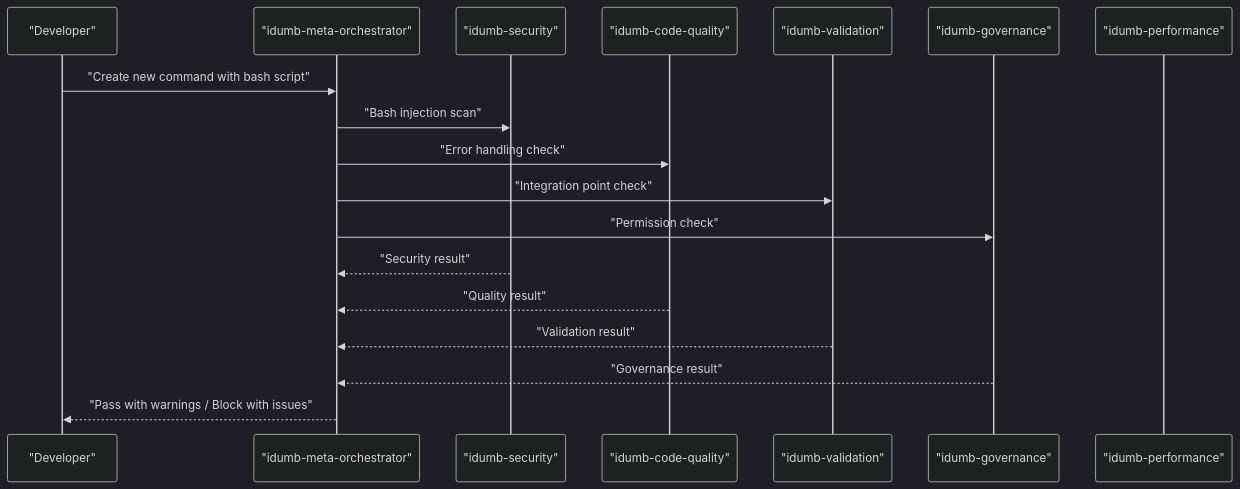
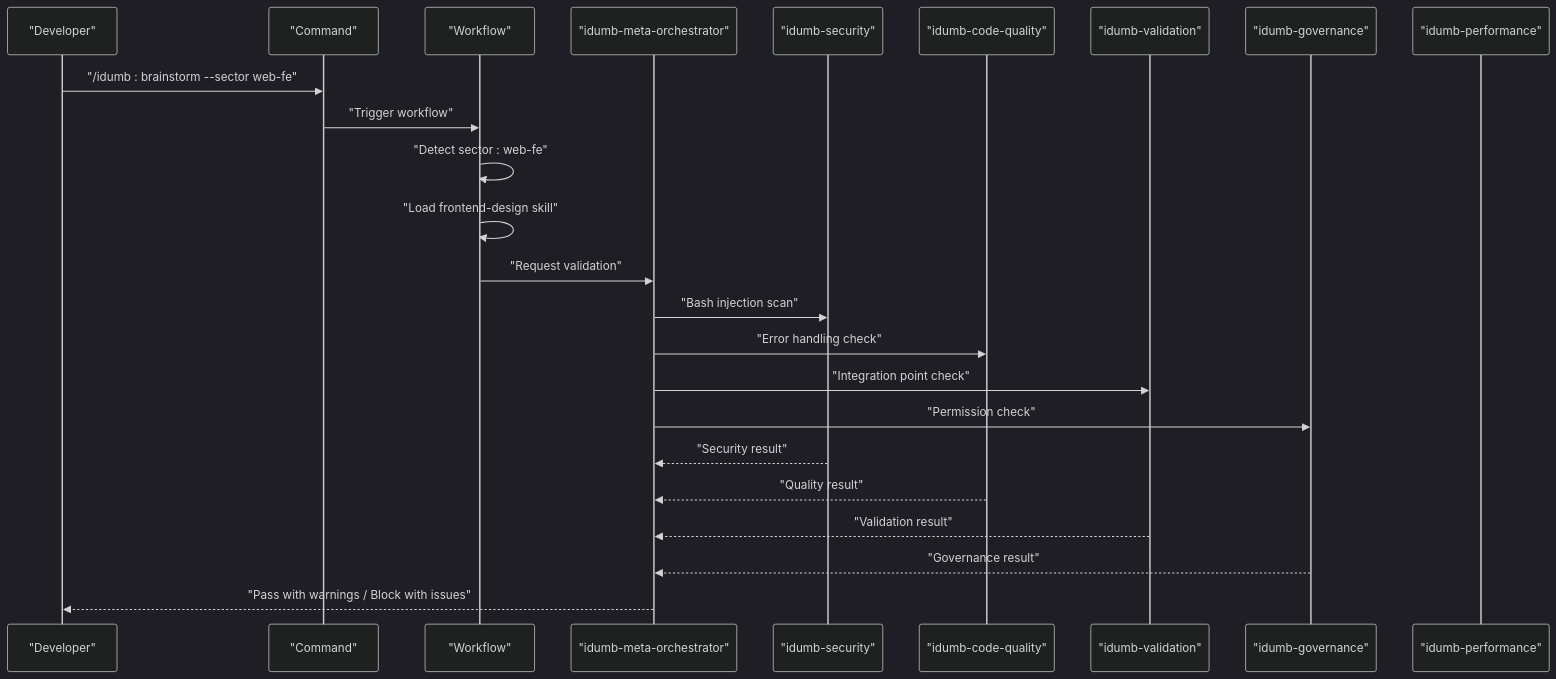
Before and after one commit to shynlee04/idumb-plugin: the ninth of 12 diagrams in .qoder/repowiki/en/content/Skill System/Skill Architecture Overview.md, drawn with Mermaid (dark theme). The commit also changed other lines of this file and 19 other files, not shown here.

````diff
--- a/.qoder/repowiki/en/content/Skill System/Skill Architecture Overview.md
+++ b/.qoder/repowiki/en/content/Skill System/Skill Architecture Overview.md
@@ -274,20 +399,26 @@
 ```mermaid
 sequenceDiagram
 participant Dev as "Developer"
+participant Cmd as "Command"
+participant Wf as "Workflow"
 participant Orchestrator as "idumb-meta-orchestrator"
 participant Sec as "idumb-security"
 participant QC as "idumb-code-quality"
 participant Val as "idumb-validation"
 participant Gov as "idumb-governance"
 participant Perf as "idumb-performance"
-Dev->>Orchestrator : "Create new command with bash script"
+Dev->>Cmd : "/idumb : brainstorm --sector web-fe"
+Cmd->>Wf : "Trigger workflow"
+Wf->>Wf : "Detect sector : web-fe"
+Wf->>Wf : "Load frontend-design skill"
+Wf->>Orchestrator : "Request validation"
 Orchestrator->>Sec : "Bash injection scan"
 Orchestrator->>QC : "Error handling check"
 Orchestrator->>Val : "Integration point check"
 Orchestrator->>Gov : "Permission check"
 Sec-->>Orchestrator : "Security result"
 QC-->>Orchestrator : "Quality result"
 Val-->>Orchestrator : "Validation result"
 Gov-->>Orchestrator : "Governance result"
 Orchestrator-->>Dev : "Pass with warnings / Block with issues"
 ```
````
